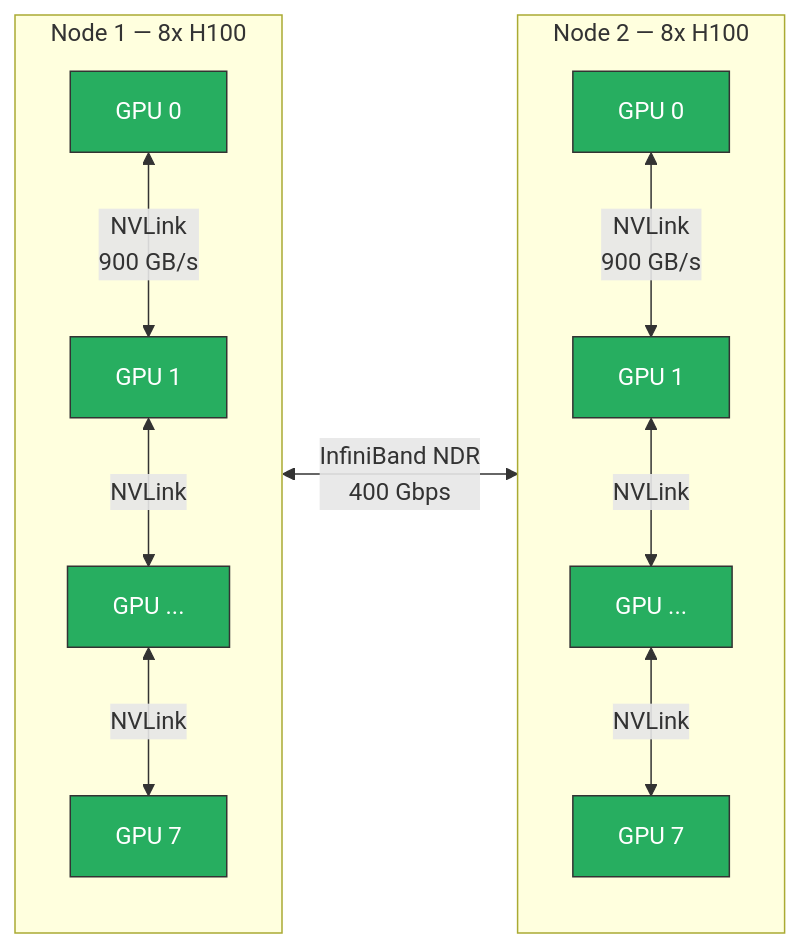
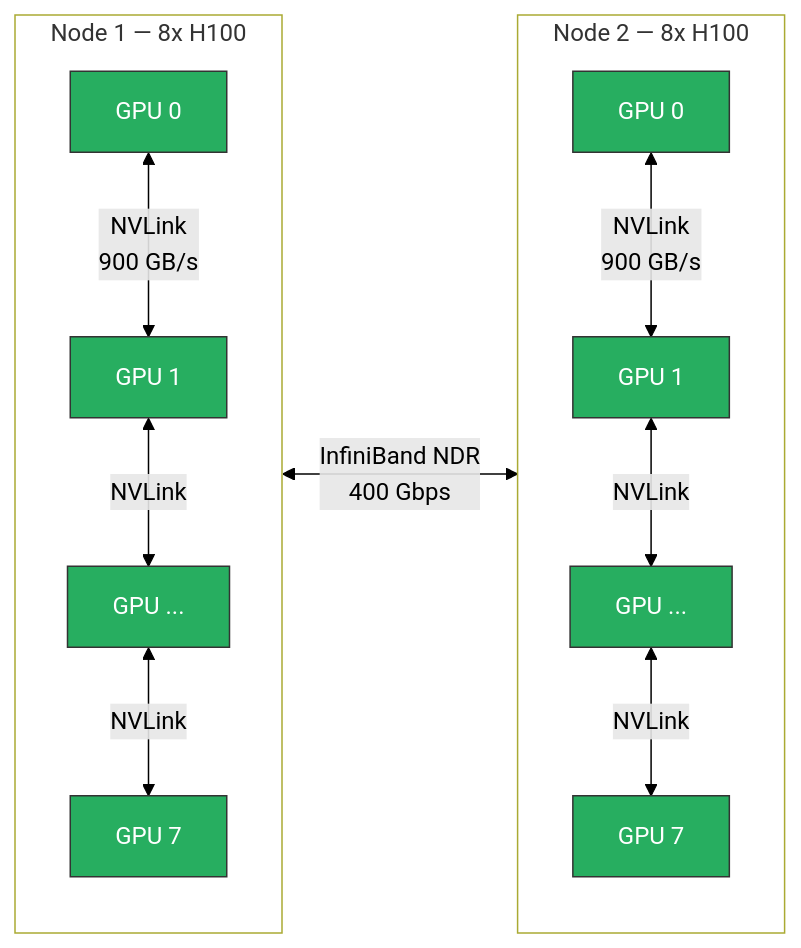
One commit to tanquangduong/tanquangduong.github.io changed the second of 7 diagrams in posts/llm/Scaling-LLM-Serving-for-Enterprise-Production.qmd. Above: the diagram before and after it, drawn with Mermaid. The commit also changed other lines of this file and 204 other files, not shown here.

````diff
--- a/posts/llm/Scaling-LLM-Serving-for-Enterprise-Production.qmd
+++ b/posts/llm/Scaling-LLM-Serving-for-Enterprise-Production.qmd
@@ -101,25 +102,28 @@
 ```{mermaid}
 graph LR
+    linkStyle default stroke:#000,color:#000
     subgraph Node1["Node 1 — 8x H100"]
         G1["GPU 0"] <-->|"NVLink<br/>900 GB/s"| G2["GPU 1"]
         G2 <-->|"NVLink"| G3["GPU ..."]
         G3 <-->|"NVLink"| G4["GPU 7"]
     end
 
     subgraph Node2["Node 2 — 8x H100"]
         G5["GPU 0"] <-->|"NVLink<br/>900 GB/s"| G6["GPU 1"]
         G6 <-->|"NVLink"| G7["GPU ..."]
         G7 <-->|"NVLink"| G8["GPU 7"]
     end
 
     Node1 <-->|"InfiniBand NDR<br/>400 Gbps"| Node2
 
     style G1 fill:#27ae60,color:#fff,stroke:#333
     style G2 fill:#27ae60,color:#fff,stroke:#333
     style G3 fill:#27ae60,color:#fff,stroke:#333
     style G4 fill:#27ae60,color:#fff,stroke:#333
     style G5 fill:#27ae60,color:#fff,stroke:#333
     style G6 fill:#27ae60,color:#fff,stroke:#333
     style G7 fill:#27ae60,color:#fff,stroke:#333
     style G8 fill:#27ae60,color:#fff,stroke:#333
+    style Node1 fill:#fff
+    style Node2 fill:#fff
 ```
````
